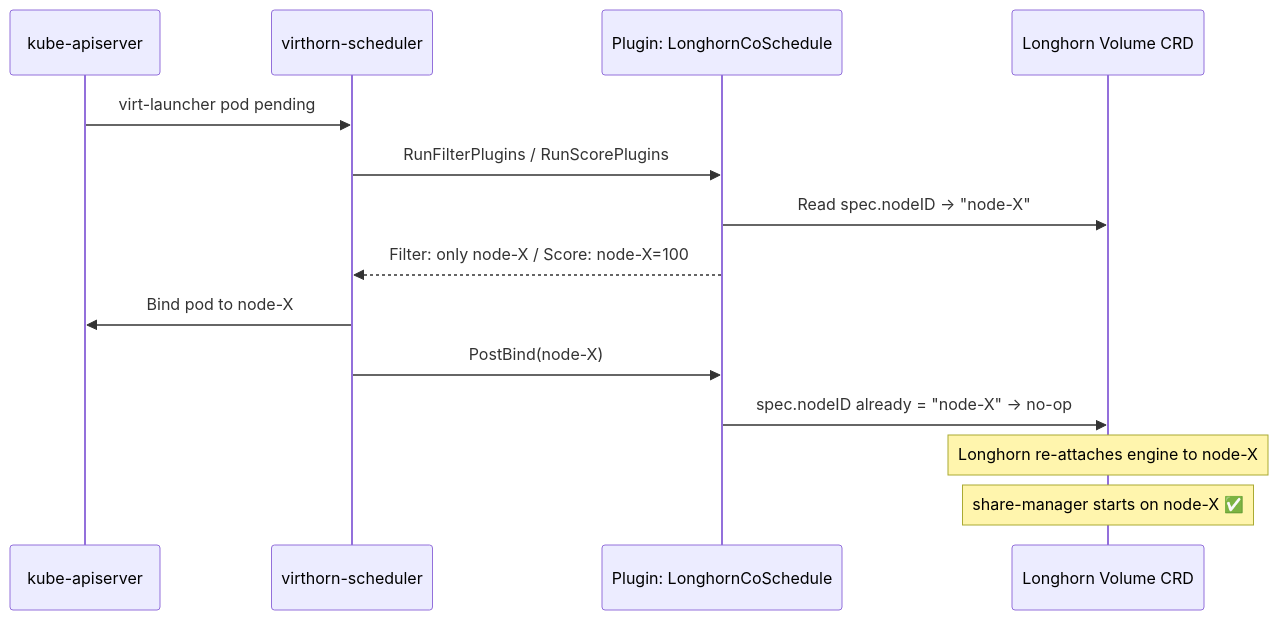
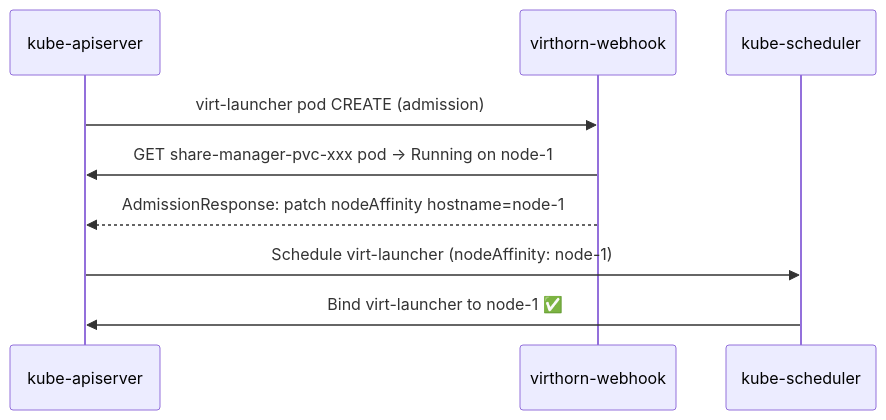
Before and after one commit to MichaelTrip/virthorn-scheduler: the second of 4 diagrams in plans/virthorn-scheduler-plan.md, drawn with Mermaid. The commit also changed other lines of this file and 19 other files, not shown here.

````diff
--- a/plans/virthorn-scheduler-plan.md
+++ b/plans/virthorn-scheduler-plan.md
@@ -194,17 +198,12 @@
 ```mermaid
 sequenceDiagram
     participant K as kube-apiserver
-    participant S as virthorn-scheduler
-    participant P as Plugin: LonghornCoSchedule
-    participant L as Longhorn Volume CRD
+    participant W as virthorn-webhook
+    participant S as kube-scheduler
 
-    K->>S: virt-launcher pod pending
-    S->>P: RunFilterPlugins / RunScorePlugins
-    P->>L: Read spec.nodeID → "node-X"
-    P-->>S: Filter: only node-X / Score: node-X=100
-    S->>K: Bind pod to node-X
-    S->>P: PostBind(node-X)
-    P->>L: spec.nodeID already = "node-X" → no-op
-    note over L: Longhorn re-attaches engine to node-X
-    note over L: share-manager starts on node-X ✅
+    K->>W: virt-launcher pod CREATE (admission)
+    W->>K: GET share-manager-pvc-xxx pod → Running on node-1
+    W-->>K: AdmissionResponse: patch nodeAffinity hostname=node-1
+    K->>S: Schedule virt-launcher (nodeAffinity: node-1)
+    S->>K: Bind virt-launcher to node-1 ✅
 ```
````
